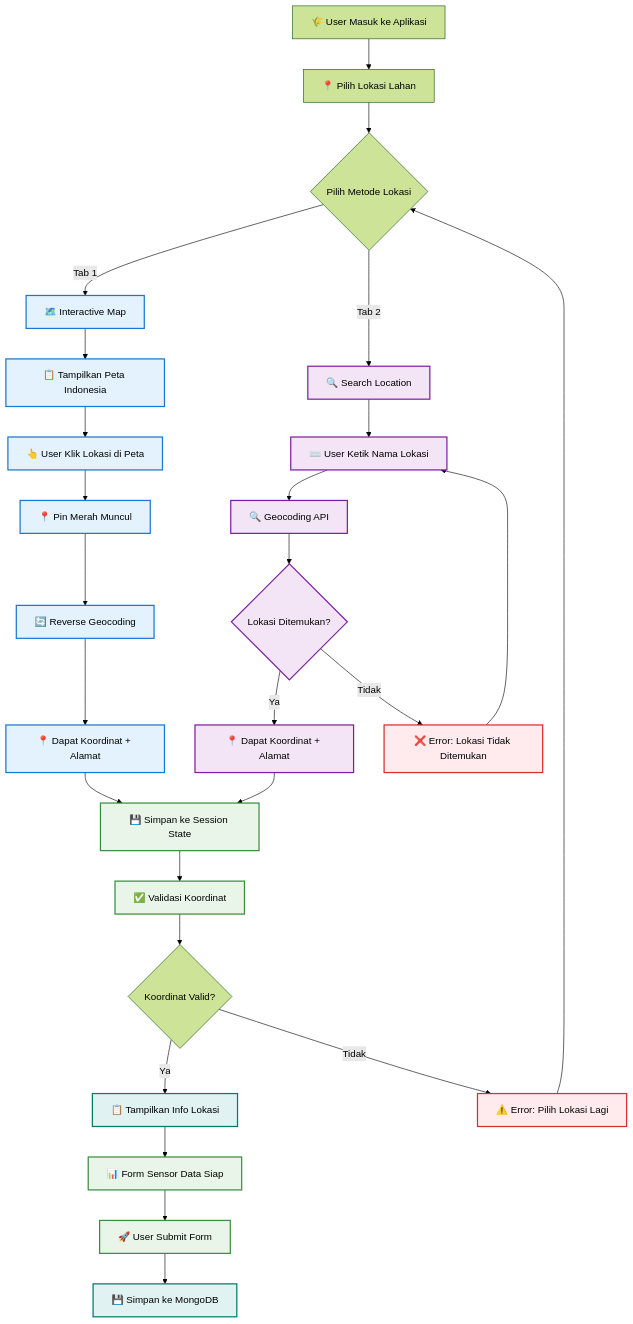
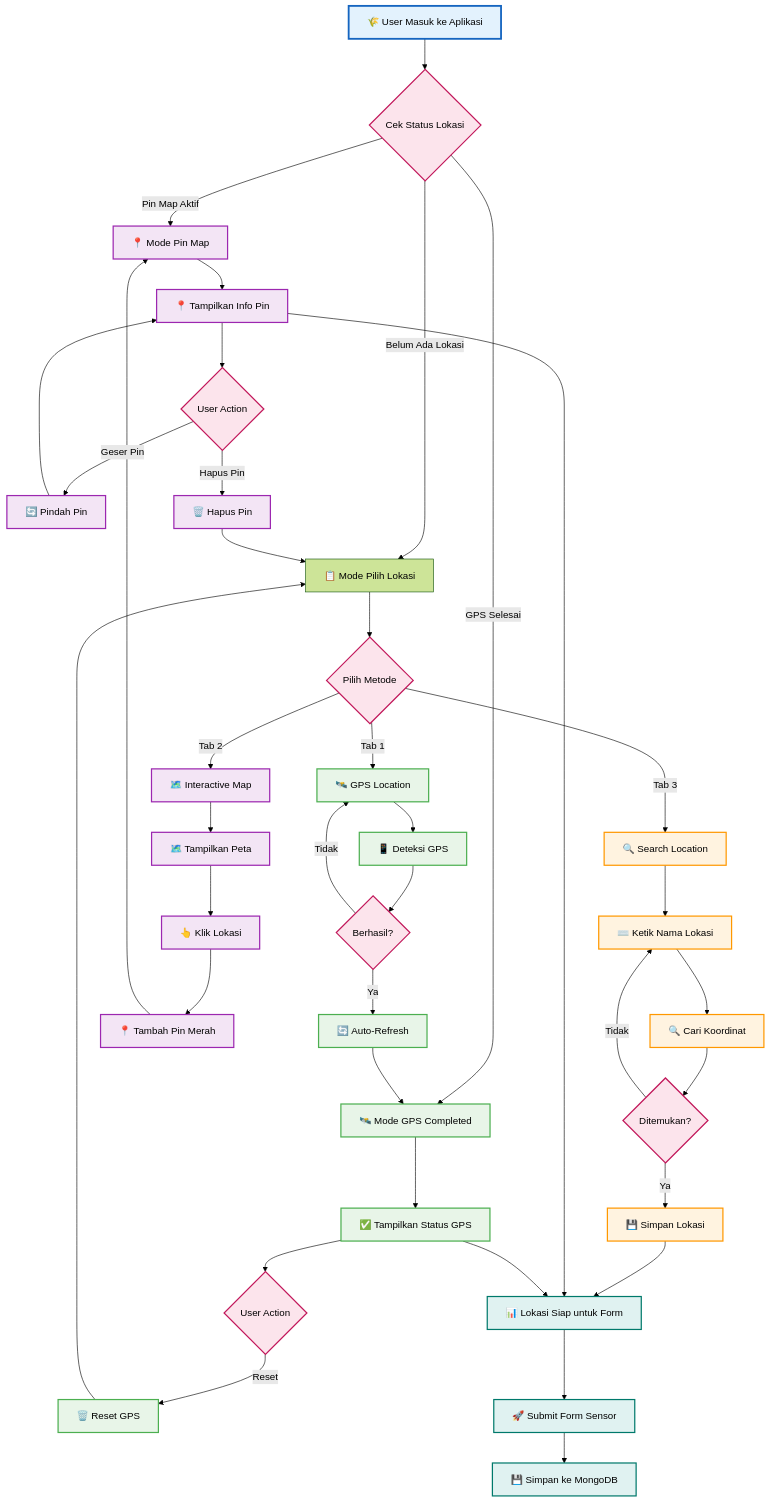
The diagram in Workflow Chart/LOCATION_SELECTION_FLOWCHART.md (BangJhen/agriculture-ai-powered), drawn with Mermaid (forest theme) before and after one commit. The commit also changed other lines of this file and 2 other files, not shown here.

Commit message:
Add GPS Location and Improve UI/UX

````diff
--- a/Workflow Chart/LOCATION_SELECTION_FLOWCHART.md
+++ b/Workflow Chart/LOCATION_SELECTION_FLOWCHART.md
@@ -5,52 +5,73 @@
 ```mermaid
 flowchart TD
-    A[🌾 User Masuk ke Aplikasi] --> B[📍 Pilih Lokasi Lahan]
+    Start[🌾 User Masuk ke Aplikasi] --> Check{Cek Status Lokasi}
     
-    B --> C{Pilih Metode Lokasi}
+    %% Status Checking
+    Check -->|Pin Map Aktif| PinFlow[📍 Mode Pin Map]
+    Check -->|GPS Selesai| GPSFlow[🛰️ Mode GPS Completed]
+    Check -->|Belum Ada Lokasi| TabFlow[📋 Mode Pilih Lokasi]
     
-    C -->|Tab 1| D[🗺️ Interactive Map]
-    C -->|Tab 2| E[🔍 Search Location]
+    %% Pin Map Mode
+    PinFlow --> PinInfo[📍 Tampilkan Info Pin]
+    PinInfo --> PinAction{User Action}
+    PinAction -->|Geser Pin| MovPin[🔄 Pindah Pin] 
+    PinAction -->|Hapus Pin| DelPin[🗑️ Hapus Pin]
+    MovPin --> PinInfo
+    DelPin --> TabFlow
     
-    %% Interactive Map Flow
-    D --> F[📋 Tampilkan Peta Indonesia]
-    F --> G[👆 User Klik Lokasi di Peta]
-    G --> H[📍 Pin Merah Muncul]
-    H --> I[🔄 Reverse Geocoding]
-    I --> J[📍 Dapat Koordinat + Alamat]
+    %% GPS Completed Mode  
+    GPSFlow --> GPSInfo[✅ Tampilkan Status GPS]
+    GPSInfo --> GPSAction{User Action}
+    GPSAction -->|Reset| ResetGPS[🗑️ Reset GPS]
+    ResetGPS --> TabFlow
     
-    %% Search Location Flow  
-    E --> K[⌨️ User Ketik Nama Lokasi]
-    K --> L[🔍 Geocoding API]
-    L --> M{Lokasi Ditemukan?}
-    M -->|Ya| N[📍 Dapat Koordinat + Alamat]
-    M -->|Tidak| O[❌ Error: Lokasi Tidak Ditemukan]
-    O --> K
+    %% Tab Selection Mode
+    TabFlow --> ChooseTab{Pilih Metode}
     
-    %% Convergence
-    J --> P[💾 Simpan ke Session State]
-    N --> P
+    ChooseTab -->|Tab 1| GPS[🛰️ GPS Location]
+    ChooseTab -->|Tab 2| Map[🗺️ Interactive Map] 
+    ChooseTab -->|Tab 3| Search[🔍 Search Location]
     
-    P --> Q[✅ Validasi Koordinat]
-    Q --> R{Koordinat Valid?}
+    %% GPS Flow
+    GPS --> GPSDetect[📱 Deteksi GPS]
+    GPSDetect --> GPSSuccess{Berhasil?}
+    GPSSuccess -->|Ya| GPSAutoRefresh[🔄 Auto-Refresh]
+    GPSSuccess -->|Tidak| GPS
+    GPSAutoRefresh --> GPSFlow
     
-    R -->|Ya| S[📋 Tampilkan Info Lokasi]
-    R -->|Tidak| T[⚠️ Error: Pilih Lokasi Lagi]
-    T --> C
+    %% Map Flow
+    Map --> ShowMap[🗺️ Tampilkan Peta]
+    ShowMap --> ClickMap[👆 Klik Lokasi]
+    ClickMap --> AddPin[📍 Tambah Pin Merah]
+    AddPin --> PinFlow
     
-    S --> U[📊 Form Sensor Data Siap]
-    U --> V[🚀 User Submit Form]
-    V --> W[💾 Simpan ke MongoDB]
+    %% Search Flow
+    Search --> TypeLocation[⌨️ Ketik Nama Lokasi]
+    TypeLocation --> SearchAPI[🔍 Cari Koordinat]
+    SearchAPI --> SearchResult{Ditemukan?}
+    SearchResult -->|Ya| SaveSearch[💾 Simpan Lokasi]
+    SearchResult -->|Tidak| TypeLocation
+    SaveSearch --> FormReady
+    
+    %% Final Steps
+    PinInfo --> FormReady[📊 Lokasi Siap untuk Form]
+    GPSInfo --> FormReady
+    
+    FormReady --> SubmitForm[🚀 Submit Form Sensor]
+    SubmitForm --> SaveDB[💾 Simpan ke MongoDB]
     
     %% Styling
-    classDef mapStyle fill:#e3f2fd,stroke:#1976d2,stroke-width:2px
-    classDef searchStyle fill:#f3e5f5,stroke:#7b1fa2,stroke-width:2px
-    classDef processStyle fill:#e8f5e8,stroke:#388e3c,stroke-width:2px
-    classDef errorStyle fill:#ffebee,stroke:#d32f2f,stroke-width:2px
-    classDef successStyle fill:#e0f2f1,stroke:#00796b,stroke-width:2px
+    classDef startStyle fill:#e3f2fd,stroke:#1565c0,stroke-width:3px
+    classDef checkStyle fill:#fce4ec,stroke:#c2185b,stroke-width:2px
+    classDef gpsStyle fill:#e8f5e8,stroke:#4caf50,stroke-width:2px
+    classDef mapStyle fill:#f3e5f5,stroke:#9c27b0,stroke-width:2px
+    classDef searchStyle fill:#fff3e0,stroke:#ff9800,stroke-width:2px
+    classDef finalStyle fill:#e0f2f1,stroke:#00796b,stroke-width:2px
     
-    class D,F,G,H,I,J mapStyle
-    class E,K,L,M,N searchStyle
-    class P,Q,U,V,W processStyle
-    class O,T errorStyle
-    class S,W successStyle
+    class Start startStyle
+    class Check,PinAction,GPSAction,ChooseTab,GPSSuccess,SearchResult checkStyle
+    class GPS,GPSDetect,GPSAutoRefresh,GPSFlow,GPSInfo,ResetGPS gpsStyle
+    class Map,ShowMap,ClickMap,AddPin,PinFlow,PinInfo,MovPin,DelPin mapStyle
+    class Search,TypeLocation,SearchAPI,SaveSearch searchStyle
+    class FormReady,SubmitForm,SaveDB finalStyle
 ```
````
